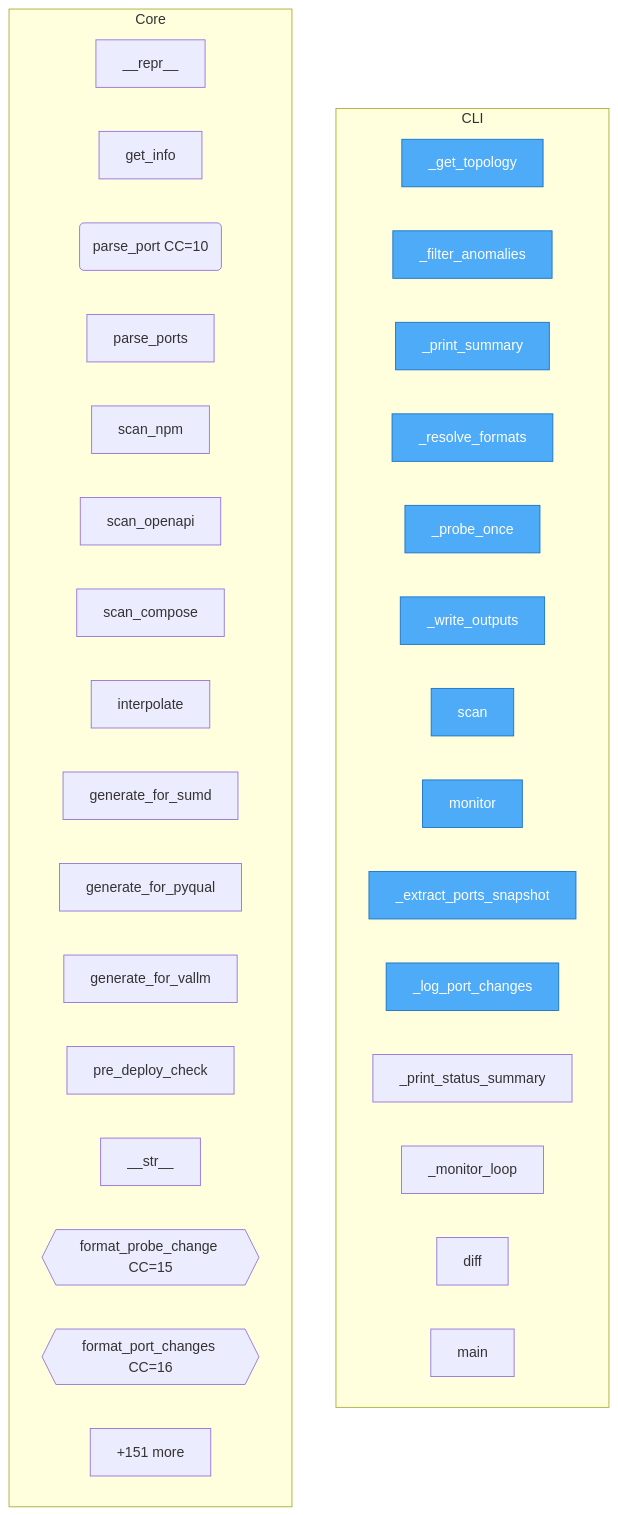
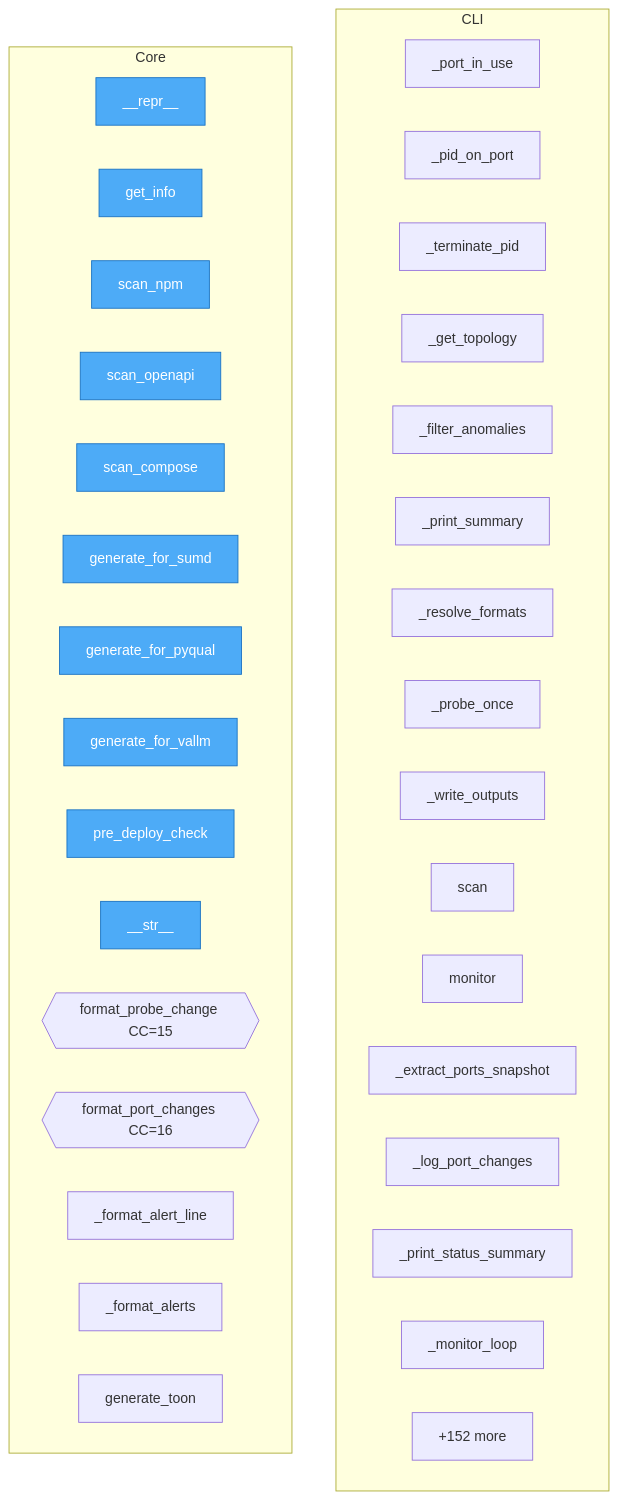
Before and after one commit to semcod/deta: the diagram in project/flow.mmd, drawn with Mermaid. The commit also changed 26 other files, not shown here.

```diff
--- a/project/flow.mmd
+++ b/project/flow.mmd
@@ -1,42 +1,44 @@
 flowchart TD
 
     %% Entry points (blue)
     classDef entry fill:#4dabf7,stroke:#1971c2,color:#fff
 
     subgraph CLI
+        deta__cli___port_in_use["_port_in_use"]
+        deta__cli___pid_on_port["_pid_on_port"]
+        deta__cli___terminate_pid["_terminate_pid"]
         deta__cli___get_topology["_get_topology"]
         deta__cli___filter_anomalies["_filter_anomalies"]
         deta__cli___print_summary["_print_summary"]
         deta__cli___resolve_formats["_resolve_formats"]
         deta__cli___probe_once["_probe_once"]
         deta__cli___write_outputs["_write_outputs"]
         deta__cli__scan["scan"]
         deta__cli__monitor["monitor"]
         deta__cli___extract_ports_snapshot["_extract_ports_snapshot"]
         deta__cli___log_port_changes["_log_port_changes"]
         deta__cli___print_status_summary["_print_status_summary"]
         deta__cli___monitor_loop["_monitor_loop"]
-        deta__cli__diff["diff"]
-        deta__cli__main["main"]
+        ...["+2 more"]
     end
 
     subgraph Core
         deta__core__Wup____repr__["__repr__"]
         deta__core__Wup__get_info["get_info"]
-        deta__scanner__ports__parse_port("parse_port CC=10")
-        deta__scanner__ports__parse_ports["parse_ports"]
         deta__scanner__npm__scan_npm["scan_npm"]
         deta__scanner__openapi__scan_openapi["scan_openapi"]
         deta__scanner__compose__scan_compose["scan_compose"]
-        deta__scanner__env__interpolate["interpolate"]
         deta__integration__semcod__generate_for_sumd["generate_for_sumd"]
         deta__integration__semcod__generate_for_pyqual["generate_for_pyqual"]
         deta__integration__semcod__generate_for_vallm["generate_for_vallm"]
         deta__integration__semcod__pre_deploy_check["pre_deploy_check"]
         deta__dsl__commands__ChangeDSL____str__["__str__"]
         deta__dsl__commands__format_probe_change{{format_probe_change CC=15}}
         deta__dsl__commands__format_port_changes{{format_port_changes CC=16}}
-        ...["+151 more"]
+        deta__formatter__toon___format_alert_line["_format_alert_line"]
+        deta__formatter__toon___format_alerts["_format_alerts"]
+        deta__formatter__toon__generate_toon["generate_toon"]
+        ...["+152 more"]
     end
 
-    class deta__cli___get_topology,deta__cli___filter_anomalies,deta__cli___print_summary,deta__cli___resolve_formats,deta__cli___probe_once,deta__cli___write_outputs,deta__cli__scan,deta__cli__monitor,deta__cli___extract_ports_snapshot,deta__cli___log_port_changes entry
+    class deta__core__Wup____repr__,deta__core__Wup__get_info,deta__scanner__npm__scan_npm,deta__scanner__openapi__scan_openapi,deta__scanner__compose__scan_compose,deta__integration__semcod__generate_for_sumd,deta__integration__semcod__generate_for_pyqual,deta__integration__semcod__generate_for_vallm,deta__integration__semcod__pre_deploy_check,deta__dsl__commands__ChangeDSL____str__ entry
```
